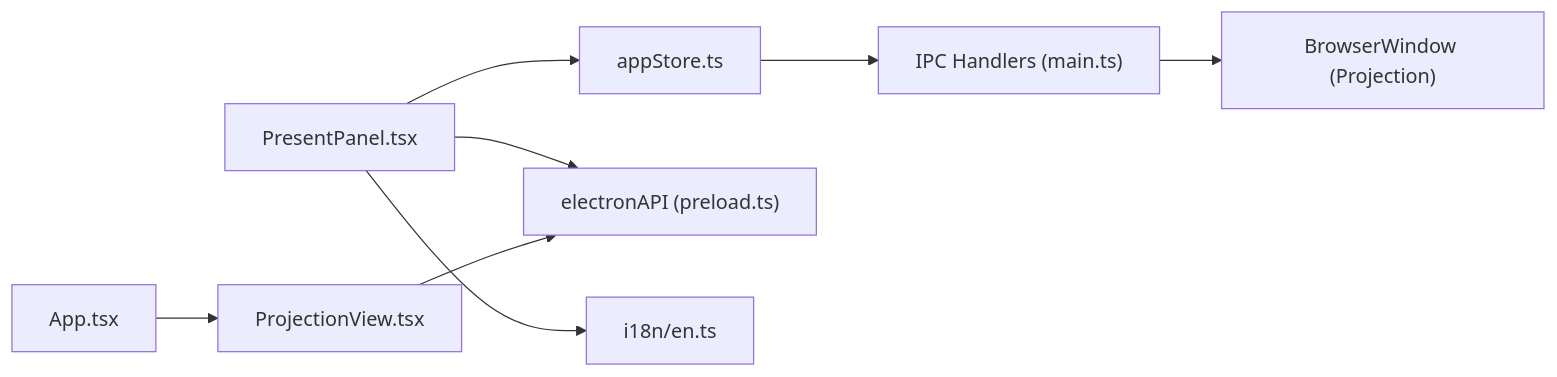
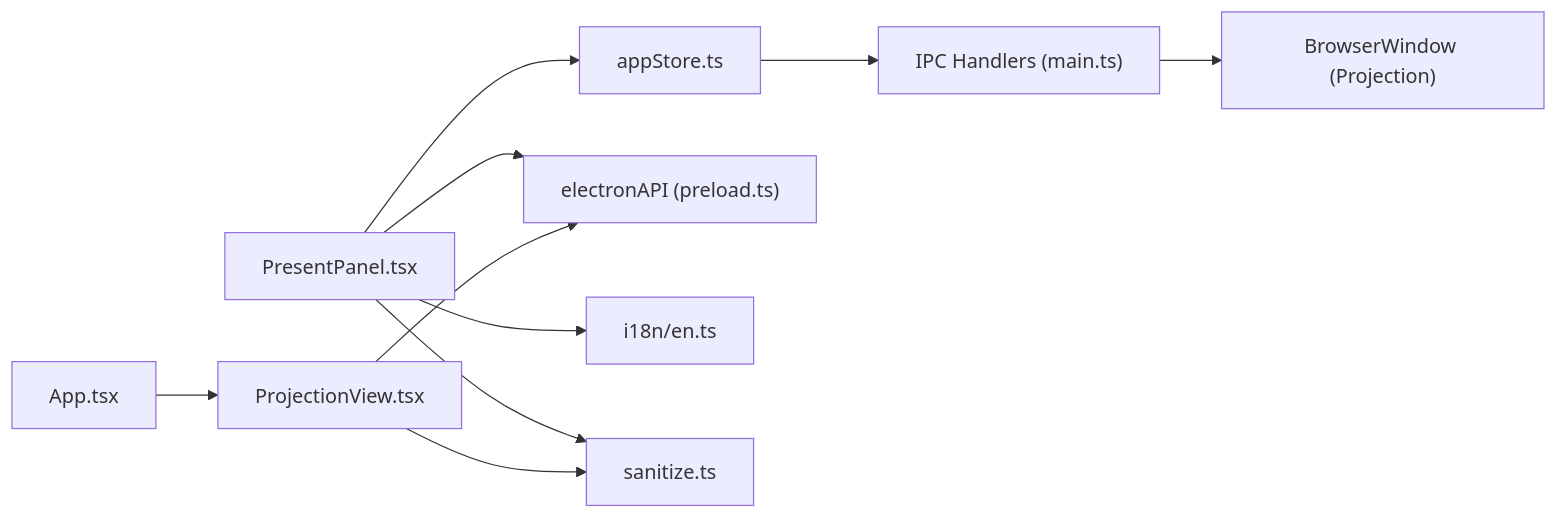
One commit to jimmywyk/lyricdeck changed the fourth of 4 diagrams in .qoder/repowiki/en/content/Architecture Overview/Component Architecture/Presentation Panel.md. Above: the diagram before and after it, drawn with Mermaid. The commit also changed other lines of this file and 12 other files, not shown here.

````diff
--- a/.qoder/repowiki/en/content/Architecture Overview/Component Architecture/Presentation Panel.md
+++ b/.qoder/repowiki/en/content/Architecture Overview/Component Architecture/Presentation Panel.md
@@ -334,10 +388,12 @@
 ```mermaid
 graph LR
 PP["PresentPanel.tsx"] --> AS["appStore.ts"]
 PP --> EA["electronAPI (preload.ts)"]
 PP --> I18N["i18n/en.ts"]
+PP --> SAN["sanitize.ts"]
 AS --> IPC["IPC Handlers (main.ts)"]
 IPC --> BW["BrowserWindow (Projection)"]
 PV["ProjectionView.tsx"] --> EA
+PV --> SAN
 APP["App.tsx"] --> PV
 ```
````
